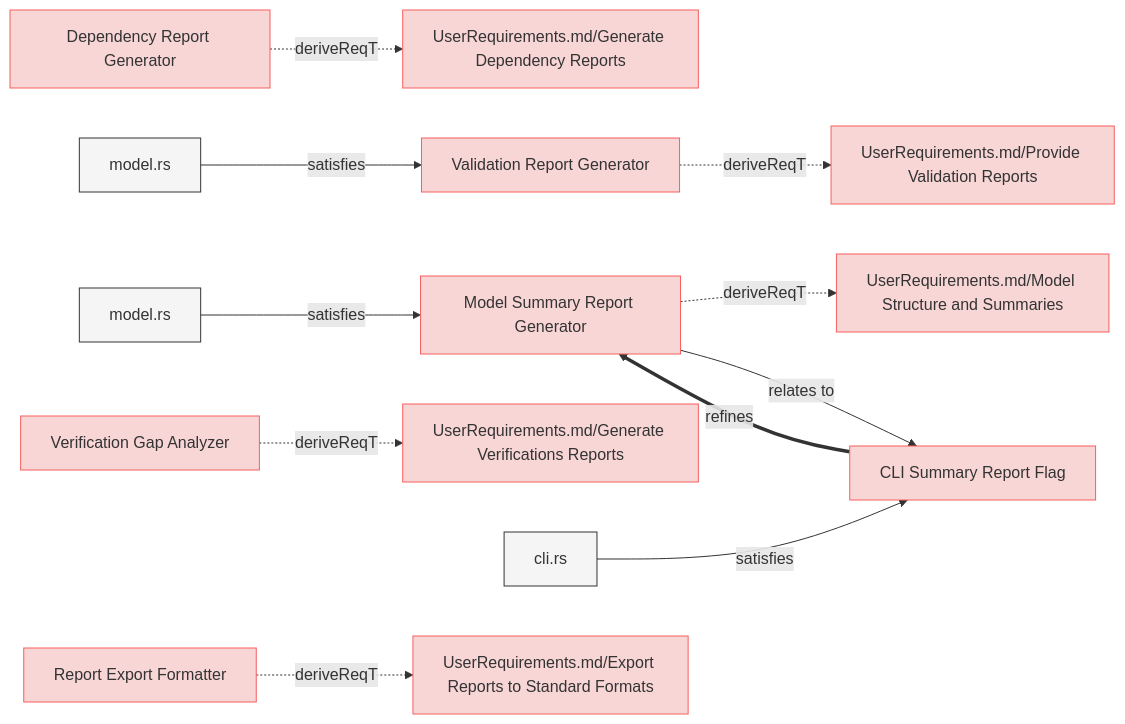
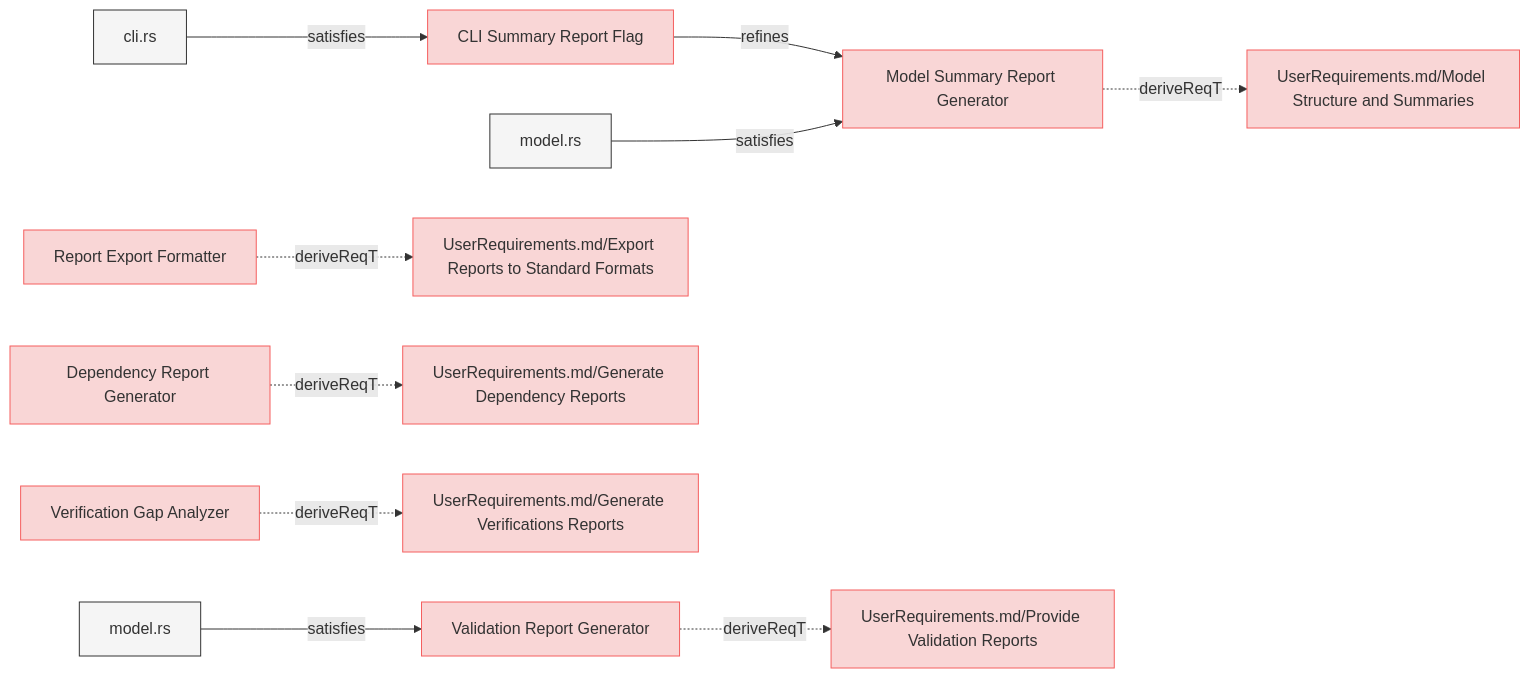
Before and after one commit to reqvire-org/reqvire: the eighth of 8 diagrams in specifications/SystemRequirements/Requirements.md, drawn with Mermaid. The commit also changed other lines of this file and 65 other files, not shown here.

Commit message:
Diagram generation bug fix: there were opposite relations included.

````diff
--- a/specifications/SystemRequirements/Requirements.md
+++ b/specifications/SystemRequirements/Requirements.md
@@ -1017,61 +983,60 @@
 ```mermaid
 graph LR;
   %% Graph styling
   classDef requirement fill:#f9d6d6,stroke:#f55f5f,stroke-width:1px;
   classDef verification fill:#d6f9d6,stroke:#5fd75f,stroke-width:1px;
   classDef externalLink fill:#d0e0ff,stroke:#3080ff,stroke-width:1px;
   classDef default fill:#f5f5f5,stroke:#333333,stroke-width:1px;
 
-  57cbef16c5["Dependency Report Generator"];
-  click 57cbef16c5 "Requirements.md#dependency-report-generator";
-  class 57cbef16c5 requirement;
-  812d42f453["UserRequirements.md/Generate Dependency Reports"];
-  class 812d42f453 requirement;
-  click 812d42f453 "../UserRequirements.md#generate-dependency-reports";
-  57cbef16c5 -.->|deriveReqT| 812d42f453;
-  143766be8c["Validation Report Generator"];
-  click 143766be8c "Requirements.md#validation-report-generator";
-  class 143766be8c requirement;
-  482c757913["UserRequirements.md/Provide Validation Reports"];
-  class 482c757913 requirement;
-  click 482c757913 "../UserRequirements.md#provide-validation-reports";
-  143766be8c -.->|deriveReqT| 482c757913;
-  6136c216c9["model.rs"];
-  class 6136c216c9 default;
-  click 6136c216c9 "../../core/src/model.rs";
-  6136c216c9 -->|satisfies| 143766be8c;
-  cccd4e46e2["Model Summary Report Generator"];
-  click cccd4e46e2 "Requirements.md#model-summary-report-generator";
-  class cccd4e46e2 requirement;
-  b342220e0d["UserRequirements.md/Model Structure and Summaries"];
-  class b342220e0d requirement;
-  click b342220e0d "../UserRequirements.md#model-structure-and-summaries";
-  cccd4e46e2 -.->|deriveReqT| b342220e0d;
-  6292255058["model.rs"];
-  class 6292255058 default;
-  click 6292255058 "../../core/src/reports.rs";
-  6292255058 -->|satisfies| cccd4e46e2;
-  6f86272134["CLI Summary Report Flag"];
-  class 6f86272134 requirement;
-  click 6f86272134 "Requirements.md#cli-summary-report-flag";
-  cccd4e46e2 -->|relates to| 6f86272134;
-  d842bc0e30["Verification Gap Analyzer"];
-  click d842bc0e30 "Requirements.md#verification-gap-analyzer";
-  class d842bc0e30 requirement;
-  d0e9e8d143["UserRequirements.md/Generate Verifications Reports"];
-  class d0e9e8d143 requirement;
-  click d0e9e8d143 "../UserRequirements.md#generate-verifications-reports";
-  d842bc0e30 -.->|deriveReqT| d0e9e8d143;
-  6f86272134 ==>|refines| cccd4e46e2;
-  11ffc4632a["cli.rs"];
-  class 11ffc4632a default;
-  click 11ffc4632a "../../cli/src/cli.rs";
-  11ffc4632a -->|satisfies| 6f86272134;
-  2ccb7e5510["Report Export Formatter"];
-  click 2ccb7e5510 "Requirements.md#report-export-formatter";
-  class 2ccb7e5510 requirement;
-  2afa7f3a20["UserRequirements.md/Export Reports to Standard Formats"];
-  class 2afa7f3a20 requirement;
-  click 2afa7f3a20 "../UserRequirements.md#export-reports-to-standard-formats";
-  2ccb7e5510 -.->|deriveReqT| 2afa7f3a20;
+  6f86272134897867["CLI Summary Report Flag"];
+  click 6f86272134897867 "Requirements.md#cli-summary-report-flag";
+  class 6f86272134897867 requirement;
+  cccd4e46e2b3239a["Model Summary Report Generator"];
+  class cccd4e46e2b3239a requirement;
+  click cccd4e46e2b3239a "Requirements.md#model-summary-report-generator";
+  6f86272134897867 -->|refines| cccd4e46e2b3239a;
+  11ffc4632afd7c4c["cli.rs"];
+  class 11ffc4632afd7c4c default;
+  click 11ffc4632afd7c4c "../../cli/src/cli.rs";
+  11ffc4632afd7c4c -->|satisfies| 6f86272134897867;
+  143766be8cc41384["Validation Report Generator"];
+  click 143766be8cc41384 "Requirements.md#validation-report-generator";
+  class 143766be8cc41384 requirement;
+  482c757913204fb8["UserRequirements.md/Provide Validation Reports"];
+  class 482c757913204fb8 requirement;
+  click 482c757913204fb8 "../UserRequirements.md#provide-validation-reports";
+  143766be8cc41384 -.->|deriveReqT| 482c757913204fb8;
+  6136c216c9f80165["model.rs"];
+  class 6136c216c9f80165 default;
+  click 6136c216c9f80165 "../../core/src/model.rs";
+  6136c216c9f80165 -->|satisfies| 143766be8cc41384;
+  2ccb7e551054d40a["Report Export Formatter"];
+  click 2ccb7e551054d40a "Requirements.md#report-export-formatter";
+  class 2ccb7e551054d40a requirement;
+  2afa7f3a206a61b7["UserRequirements.md/Export Reports to Standard Formats"];
+  class 2afa7f3a206a61b7 requirement;
+  click 2afa7f3a206a61b7 "../UserRequirements.md#export-reports-to-standard-formats";
+  2ccb7e551054d40a -.->|deriveReqT| 2afa7f3a206a61b7;
+  57cbef16c5d7a81d["Dependency Report Generator"];
+  click 57cbef16c5d7a81d "Requirements.md#dependency-report-generator";
+  class 57cbef16c5d7a81d requirement;
+  812d42f453051272["UserRequirements.md/Generate Dependency Reports"];
+  class 812d42f453051272 requirement;
+  click 812d42f453051272 "../UserRequirements.md#generate-dependency-reports";
+  57cbef16c5d7a81d -.->|deriveReqT| 812d42f453051272;
+  d842bc0e30a46408["Verification Gap Analyzer"];
+  click d842bc0e30a46408 "Requirements.md#verification-gap-analyzer";
+  class d842bc0e30a46408 requirement;
+  d0e9e8d143493413["UserRequirements.md/Generate Verifications Reports"];
+  class d0e9e8d143493413 requirement;
+  click d0e9e8d143493413 "../UserRequirements.md#generate-verifications-reports";
+  d842bc0e30a46408 -.->|deriveReqT| d0e9e8d143493413;
+  b342220e0dc8751d["UserRequirements.md/Model Structure and Summaries"];
+  class b342220e0dc8751d requirement;
+  click b342220e0dc8751d "../UserRequirements.md#model-structure-and-summaries";
+  cccd4e46e2b3239a -.->|deriveReqT| b342220e0dc8751d;
+  6292255058880ee6["model.rs"];
+  class 6292255058880ee6 default;
+  click 6292255058880ee6 "../../core/src/reports.rs";
+  6292255058880ee6 -->|satisfies| cccd4e46e2b3239a;
 ```
````
